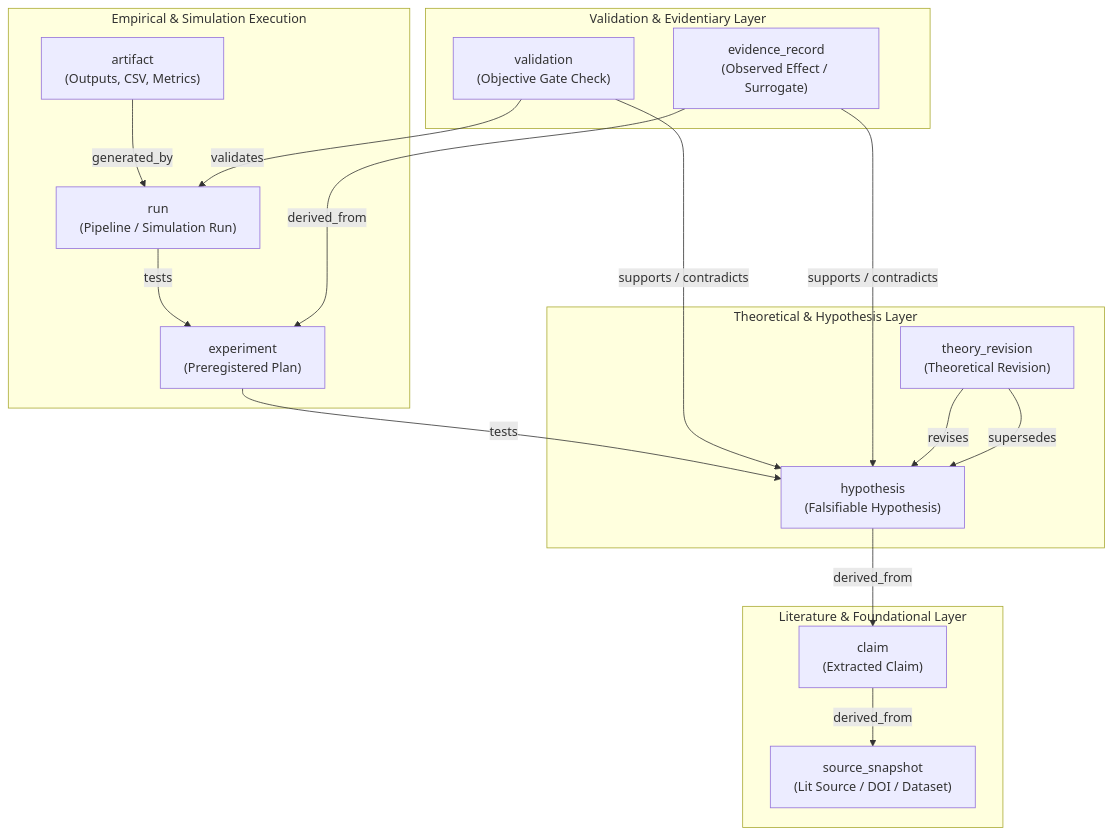
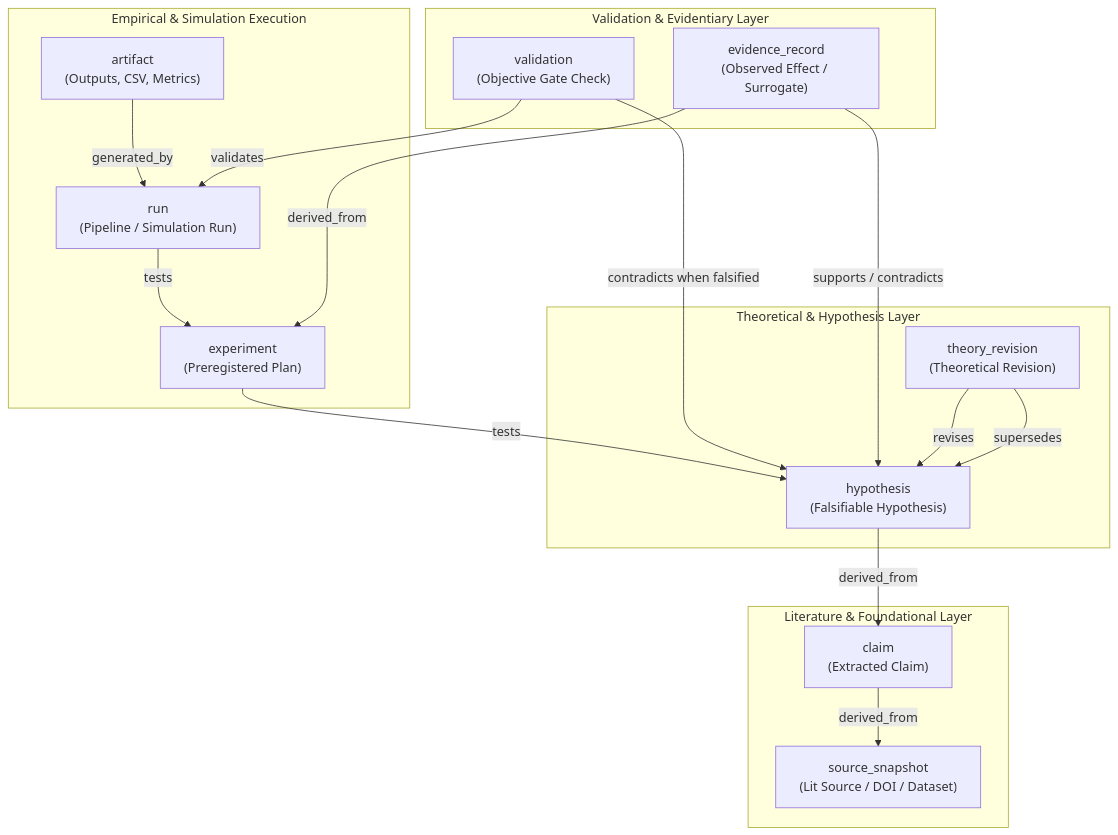
The diagram in docs/awareness_studio/evidence_graph.md (ChristianV997/NeuroTopology-Sim), drawn with Mermaid before and after one commit. The commit also changed other lines of this file and 3 other files, not shown here.

Commit message:
Keep Awareness graph evidence and PASS states unverified

````diff
--- a/docs/awareness_studio/evidence_graph.md
+++ b/docs/awareness_studio/evidence_graph.md
@@ -9,35 +9,35 @@
 ```mermaid
 flowchart TD
     subgraph Literature["Literature & Foundational Layer"]
         SRC["source_snapshot\n(Lit Source / DOI / Dataset)"]
         CLM["claim\n(Extracted Claim)"]
     end
 
     subgraph Theory["Theoretical & Hypothesis Layer"]
         HYP["hypothesis\n(Falsifiable Hypothesis)"]
         REV["theory_revision\n(Theoretical Revision)"]
     end
 
     subgraph Empirical["Empirical & Simulation Execution"]
         EXP["experiment\n(Preregistered Plan)"]
         RUN["run\n(Pipeline / Simulation Run)"]
         ART["artifact\n(Outputs, CSV, Metrics)"]
     end
 
     subgraph Falsification["Validation & Evidentiary Layer"]
         VAL["validation\n(Objective Gate Check)"]
         EV["evidence_record\n(Observed Effect / Surrogate)"]
     end
 
     CLM -->|derived_from| SRC
     HYP -->|derived_from| CLM
     EXP -->|tests| HYP
     RUN -->|tests| EXP
     ART -->|generated_by| RUN
     VAL -->|validates| RUN
-    VAL -->|supports / contradicts| HYP
+    VAL -->|contradicts when falsified| HYP
     EV -->|derived_from| EXP
     EV -->|supports / contradicts| HYP
     REV -->|revises| HYP
     REV -->|supersedes| HYP
 ```
````
